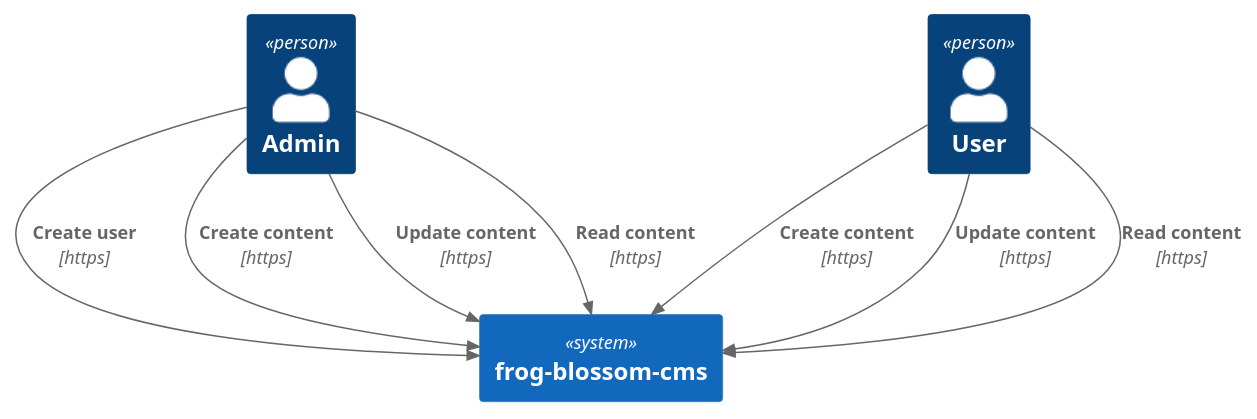
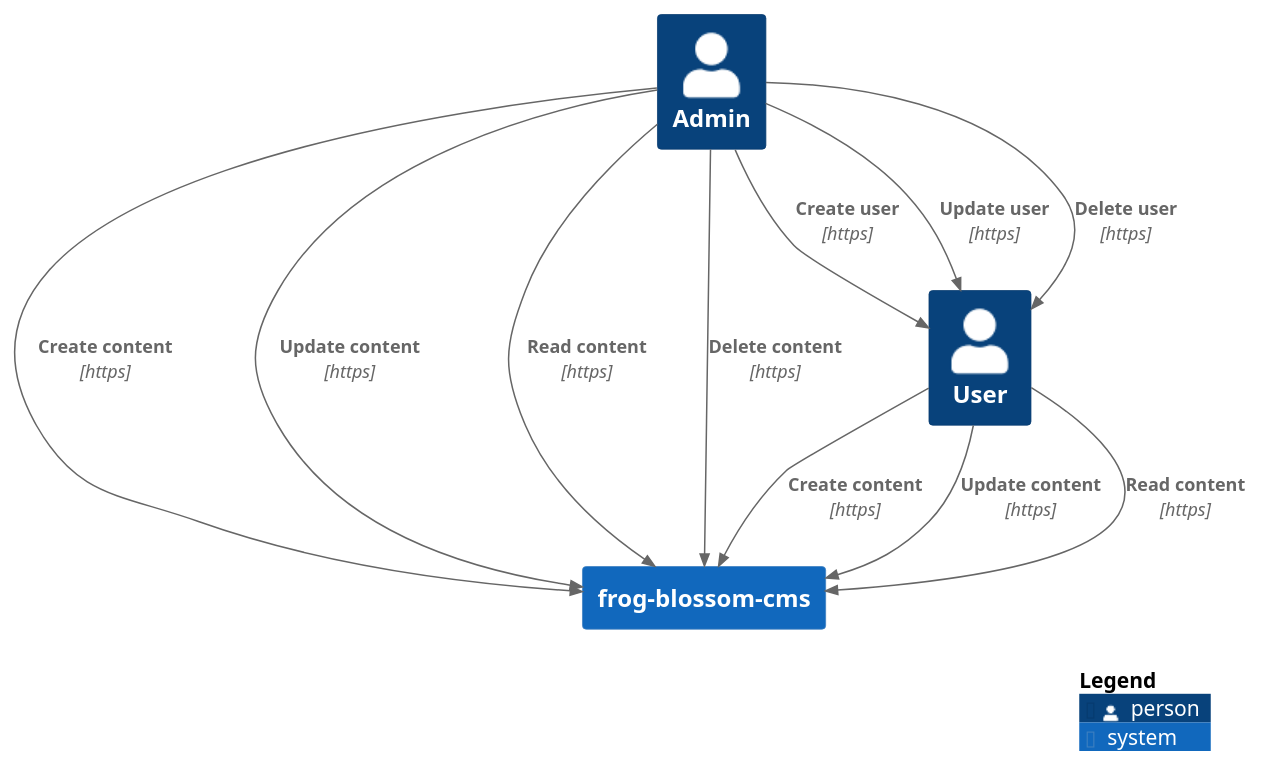
One commit to minierparedes/frog-blossom-docs changed the diagram in design-docs/context.puml. Above: the diagram before and after it, drawn with PlantUML.

Commit message:
Apr 30, 2024, 12:34 PM

```diff
--- a/design-docs/context.puml
+++ b/design-docs/context.puml
@@ -1,23 +1,24 @@
 @startuml frog-blossom-context
-!include  https://raw.githubusercontent.com/plantuml-stdlib/C4-PlantUML/master/C4_Container.puml
+!include https://raw.githubusercontent.com/plantuml-stdlib/C4-PlantUML/master/C4_Context.puml
 
 Person(admin, "Admin")
 System(cms, "frog-blossom-cms")
 
 Person(user, "User")
 System(cms, "frog-blossom-cms")
 
-Rel(admin, cms, "Create user", "https")
+
+Rel(admin, user, "Create user", "https")
+Rel(admin, user, "Update user", "https")
+Rel(admin, user, "Delete user", "https")
 Rel(admin, cms, "Create content", "https")
 Rel(admin, cms, "Update content", "https")
 Rel(admin, cms, "Read content", "https")
-
-
-
+Rel(admin, cms, "Delete content", "https")
 
 Rel(user, cms, "Create content", "https")
 Rel(user, cms, "Update content", "https")
 Rel(user, cms, "Read content", "https")
 
-
+SHOW_LEGEND(true)
 @enduml
```
